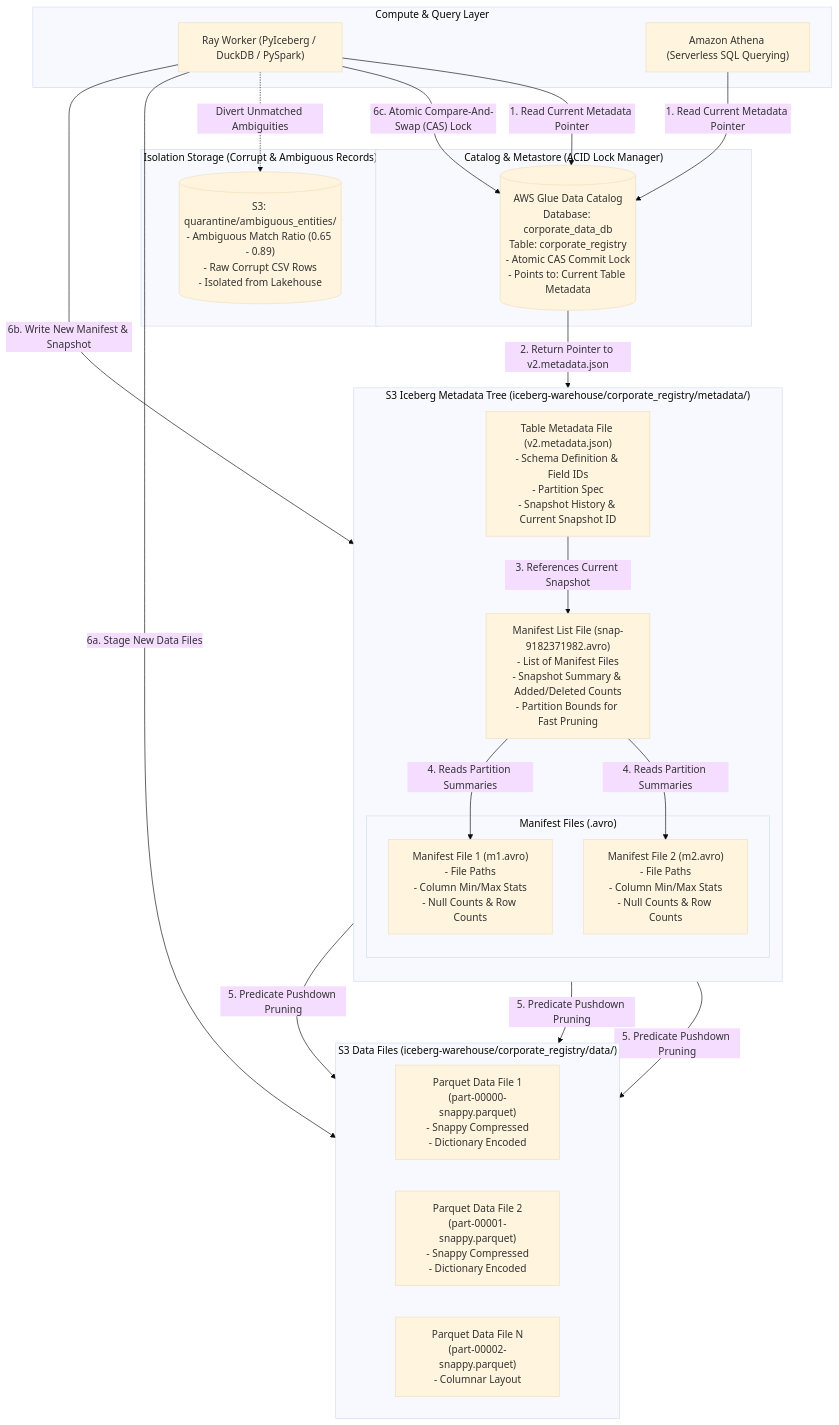
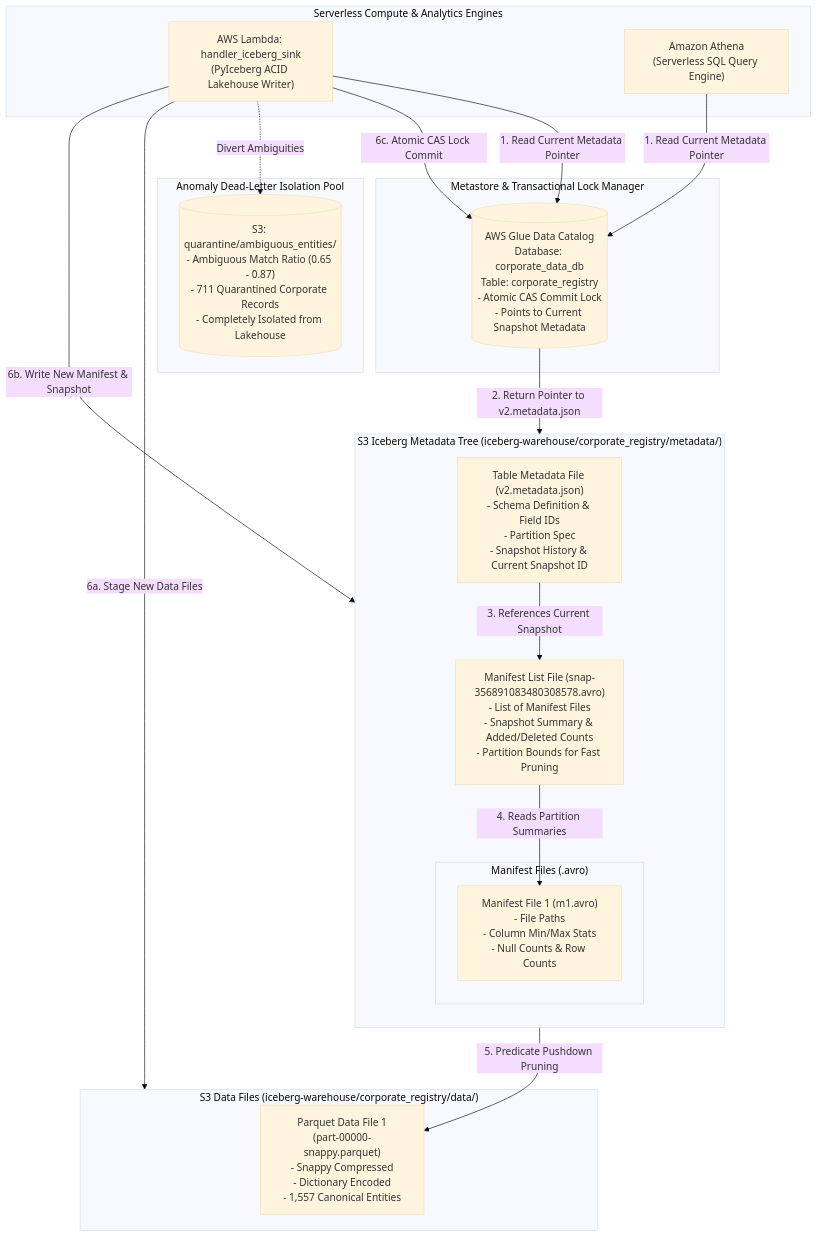
Before and after one commit to jashkv/ray-platform: the ninth of 11 diagrams in ray-ai-platform/docs/mermaid/README.md, drawn with Mermaid (base theme). The commit also changed other lines of this file and 34 other files, not shown here.

Commit message:
docs(serverless): completely align all documentation, diagrams, runbooks, and test configs with the AWS Serverless Platform architecture

````diff
--- a/ray-ai-platform/docs/mermaid/README.md
+++ b/ray-ai-platform/docs/mermaid/README.md
@@ -656,49 +602,43 @@
 ```mermaid
 flowchart TD
-    subgraph Compute_Engines["Compute & Query Layer"]
-        RAY_WORKER["Ray Worker (PyIceberg / DuckDB / PySpark)"]
-        ATHENA["Amazon Athena (Serverless SQL Querying)"]
+    subgraph ComputeEngines["Serverless Compute & Analytics Engines"]
+        LAMBDA_SINK["AWS Lambda: handler_iceberg_sink\n(PyIceberg ACID Lakehouse Writer)"]
+        ATHENA["Amazon Athena\n(Serverless SQL Query Engine)"]
     end
 
-    subgraph Catalog_Layer["Catalog & Metastore (ACID Lock Manager)"]
-        GLUE_CATALOG[("AWS Glue Data Catalog\nDatabase: corporate_data_db\nTable: corporate_registry\n- Atomic CAS Commit Lock\n- Points to: Current Table Metadata")]
+    subgraph CatalogLayer["Metastore & Transactional Lock Manager"]
+        GLUE_CATALOG[("AWS Glue Data Catalog\nDatabase: corporate_data_db\nTable: corporate_registry\n- Atomic CAS Commit Lock\n- Points to Current Snapshot Metadata")]
     end
 
-    subgraph S3_Metadata_Tree["S3 Iceberg Metadata Tree (iceberg-warehouse/corporate_registry/metadata/)"]
+    subgraph S3_MetadataTree["S3 Iceberg Metadata Tree (iceberg-warehouse/corporate_registry/metadata/)"]
         direction TB
 
         META_JSON["Table Metadata File (v2.metadata.json)\n- Schema Definition & Field IDs\n- Partition Spec\n- Snapshot History & Current Snapshot ID"]
 
-        SNAP_LIST["Manifest List File (snap-9182371982.avro)\n- List of Manifest Files\n- Snapshot Summary & Added/Deleted Counts\n- Partition Bounds for Fast Pruning"]
+        SNAP_LIST["Manifest List File (snap-356891083480308578.avro)\n- List of Manifest Files\n- Snapshot Summary & Added/Deleted Counts\n- Partition Bounds for Fast Pruning"]
 
-        subgraph Manifest_Files["Manifest Files (.avro)"]
+        subgraph ManifestFiles["Manifest Files (.avro)"]
             M1["Manifest File 1 (m1.avro)\n- File Paths\n- Column Min/Max Stats\n- Null Counts & Row Counts"]
-            M2["Manifest File 2 (m2.avro)\n- File Paths\n- Column Min/Max Stats\n- Null Counts & Row Counts"]
         end
     end
 
-    subgraph S3_Data_Files["S3 Data Files (iceberg-warehouse/corporate_registry/data/)"]
-        direction LR
-        PARQUET_1["Parquet Data File 1\n(part-00000-snappy.parquet)\n- Snappy Compressed\n- Dictionary Encoded"]
-        PARQUET_2["Parquet Data File 2\n(part-00001-snappy.parquet)\n- Snappy Compressed\n- Dictionary Encoded"]
-        PARQUET_N["Parquet Data File N\n(part-00002-snappy.parquet)\n- Columnar Layout"]
+    subgraph S3_DataFiles["S3 Data Files (iceberg-warehouse/corporate_registry/data/)"]
+        PARQUET_1["Parquet Data File 1\n(part-00000-snappy.parquet)\n- Snappy Compressed\n- Dictionary Encoded\n- 1,557 Canonical Entities"]
     end
 
-    subgraph Quarantine_Storage["Isolation Storage (Corrupt & Ambiguous Records)"]
-        S3_QUARANTINE[("S3: quarantine/ambiguous_entities/\n- Ambiguous Match Ratio (0.65 - 0.89)\n- Raw Corrupt CSV Rows\n- Isolated from Lakehouse")]
+    subgraph QuarantineStorage["Anomaly Dead-Letter Isolation Pool"]
+        S3_QUARANTINE[("S3: quarantine/ambiguous_entities/\n- Ambiguous Match Ratio (0.65 - 0.87)\n- 711 Quarantined Corporate Records\n- Completely Isolated from Lakehouse")]
     end
 
-    RAY_WORKER -->|"1. Read Current Metadata Pointer"| GLUE_CATALOG
+    LAMBDA_SINK -->|"1. Read Current Metadata Pointer"| GLUE_CATALOG
     ATHENA -->|"1. Read Current Metadata Pointer"| GLUE_CATALOG
     GLUE_CATALOG -->|"2. Return Pointer to v2.metadata.json"| META_JSON
     META_JSON -->|"3. References Current Snapshot"| SNAP_LIST
     SNAP_LIST -->|"4. Reads Partition Summaries"| M1
-    SNAP_LIST -->|"4. Reads Partition Summaries"| M2
     M1 -->|"5. Predicate Pushdown Pruning"| PARQUET_1
-    M2 -->|"5. Predicate Pushdown Pruning"| PARQUET_2
-    M2 -->|"5. Predicate Pushdown Pruning"| PARQUET_N
-    RAY_WORKER -->|"6a. Stage New Data Files"| S3_Data_Files
-    RAY_WORKER -->|"6b. Write New Manifest & Snapshot"| S3_Metadata_Tree
-    RAY_WORKER -->|"6c. Atomic Compare-And-Swap (CAS) Lock"| GLUE_CATALOG
-    RAY_WORKER -.->|"Divert Unmatched Ambiguities"| S3_QUARANTINE
+
+    LAMBDA_SINK -->|"6a. Stage New Data Files"| S3_DataFiles
+    LAMBDA_SINK -->|"6b. Write New Manifest & Snapshot"| S3_MetadataTree
+    LAMBDA_SINK -->|"6c. Atomic CAS Lock Commit"| GLUE_CATALOG
+    LAMBDA_SINK -.->|"Divert Ambiguities"| S3_QUARANTINE
 ```
````
